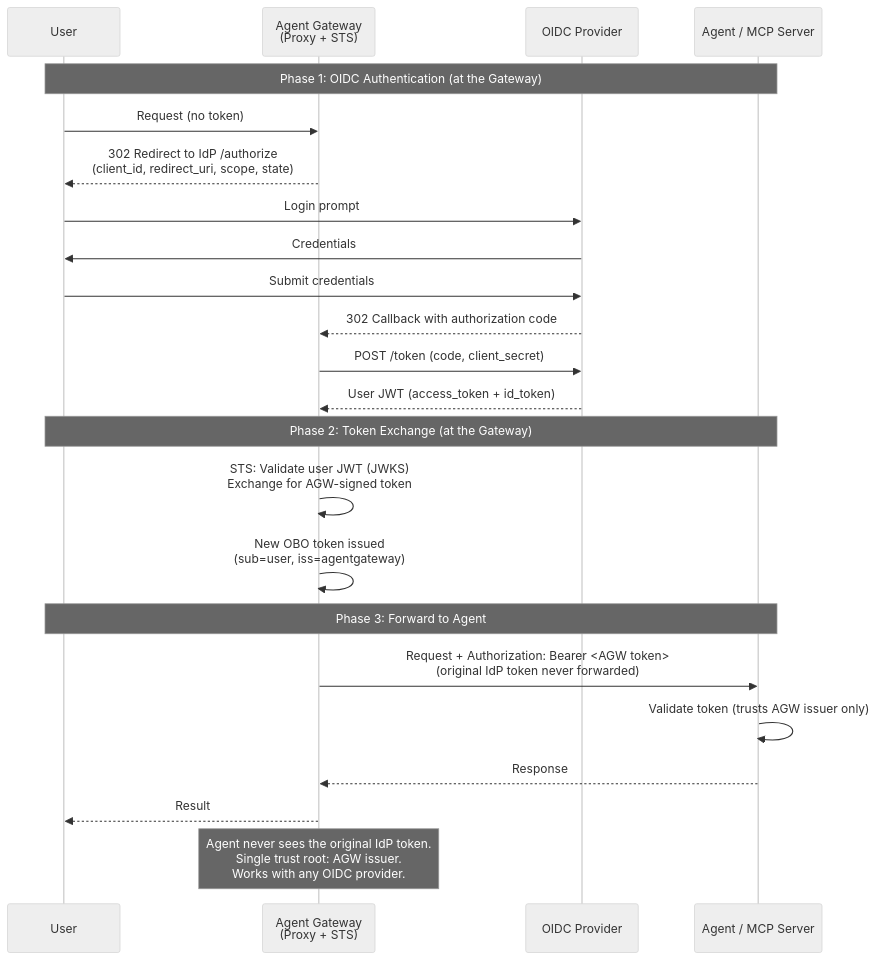
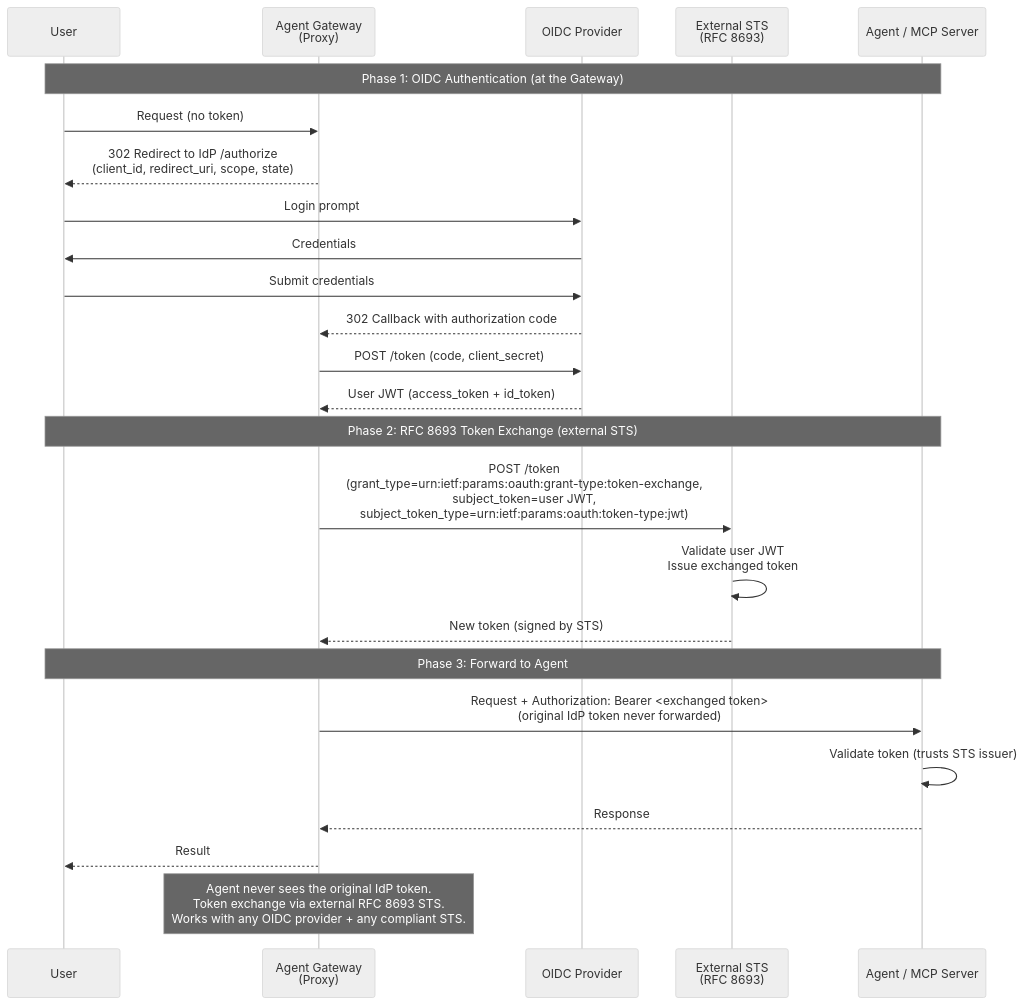
One commit to coryjett/solo-misc-workshops changed diagram 14 of 15 in token-flow-diagrams/agent-gateway-token-flows.md. Above: the diagram before and after it, drawn with Mermaid (neutral theme). The commit also changed other lines of this file and 2 other files, not shown here.

Commit message:
Update Flow 13 to use external RFC 8693 STS for token exchange
Diagram now shows Agent Gateway calling out to a separate External STS
(RFC 8693) rather than performing the exchange internally.

````diff
--- a/token-flow-diagrams/agent-gateway-token-flows.md
+++ b/token-flow-diagrams/agent-gateway-token-flows.md
@@ -416,29 +416,31 @@
 ```mermaid
 sequenceDiagram
     participant User
-    participant AGW as Agent Gateway<br/>(Proxy + STS)
+    participant AGW as Agent Gateway<br/>(Proxy)
     participant IdP as OIDC Provider
+    participant STS as External STS<br/>(RFC 8693)
     participant Agent as Agent / MCP Server
 
     Note over User,Agent: Phase 1: OIDC Authentication (at the Gateway)
     User->>AGW: Request (no token)
     AGW-->>User: 302 Redirect to IdP /authorize<br/>(client_id, redirect_uri, scope, state)
     User->>IdP: Login prompt
     IdP->>User: Credentials
     User->>IdP: Submit credentials
     IdP-->>AGW: 302 Callback with authorization code
     AGW->>IdP: POST /token (code, client_secret)
     IdP-->>AGW: User JWT (access_token + id_token)
 
-    Note over User,Agent: Phase 2: Token Exchange (at the Gateway)
-    AGW->>AGW: STS: Validate user JWT (JWKS)<br/>Exchange for AGW-signed token
-    AGW->>AGW: New OBO token issued<br/>(sub=user, iss=agentgateway)
+    Note over User,Agent: Phase 2: RFC 8693 Token Exchange (external STS)
+    AGW->>STS: POST /token<br/>(grant_type=urn:ietf:params:oauth:grant-type:token-exchange,<br/>subject_token=user JWT,<br/>subject_token_type=urn:ietf:params:oauth:token-type:jwt)
+    STS->>STS: Validate user JWT<br/>Issue exchanged token
+    STS-->>AGW: New token (signed by STS)
 
     Note over User,Agent: Phase 3: Forward to Agent
-    AGW->>Agent: Request + Authorization: Bearer <AGW token><br/>(original IdP token never forwarded)
-    Agent->>Agent: Validate token (trusts AGW issuer only)
+    AGW->>Agent: Request + Authorization: Bearer <exchanged token><br/>(original IdP token never forwarded)
+    Agent->>Agent: Validate token (trusts STS issuer)
     Agent-->>AGW: Response
     AGW-->>User: Result
 
-    Note over AGW: Agent never sees the original IdP token.<br/>Single trust root: AGW issuer.<br/>Works with any OIDC provider.
+    Note over AGW: Agent never sees the original IdP token.<br/>Token exchange via external RFC 8693 STS.<br/>Works with any OIDC provider + any compliant STS.
 ```
````
